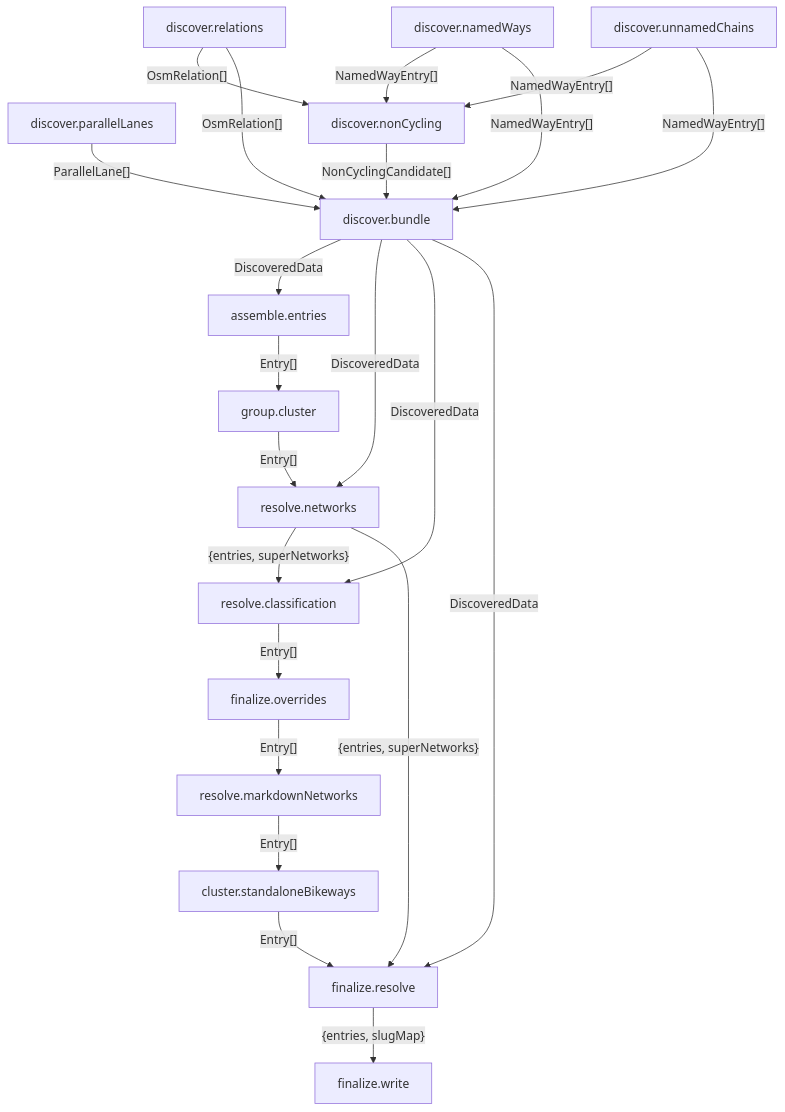
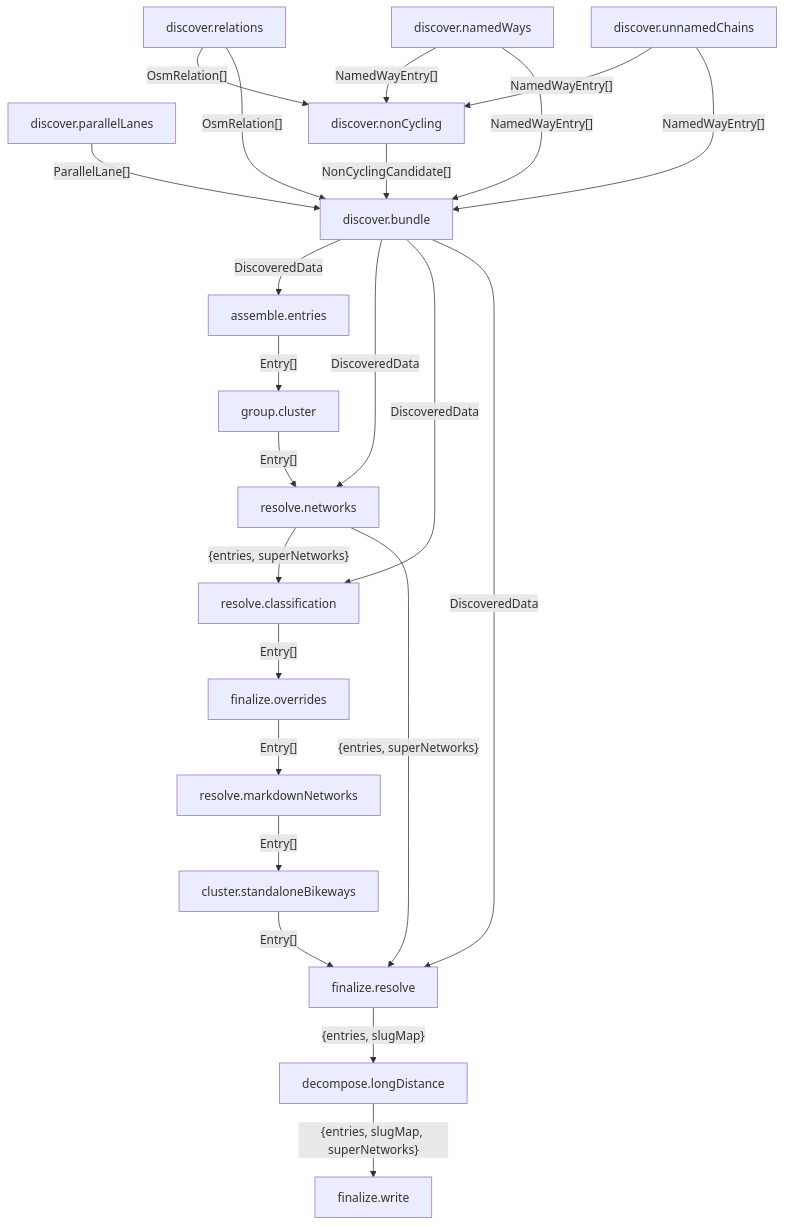
One commit to eljojo/bike-app-astro changed the diagram in _ctx/pipeline-graph.md. Above: the diagram before and after it, drawn with Mermaid. The commit also changed other lines of this file and 2 other files, not shown here.

Commit message:
feat(bike-paths): Stage 2 Rule 4 — surface dropped chains + regression test
Rule 4 can reject all containing parks for an unnamed chain; if no
named road is within 100m either, the chain falls out of the index
silently. Add a trace event (`chain-dropped`) and a console.warn block
at phase end so future threshold tuning or coverage gaps are visible
— the bike paths exist in OSM but aren't surfaced, and we should know
how much.

Regression test pins Moffatt Farm Veterans Park as the canonical
single-identity park case (threshold=2 accepts it). If PARK_GENERIC_
MIN_PATHS is ever mis-tuned, this path collapses to a road-fallback
name or disappears — the test catches that.

pipeline-graph.md updates with the decompose.longDistance node (stray
auto-regeneration from the prior long-distance decomposition commit).

````diff
--- a/_ctx/pipeline-graph.md
+++ b/_ctx/pipeline-graph.md
@@ -36,39 +37,41 @@
 ```mermaid
 graph TD
   discover_relations["discover.relations"]
   discover_namedWays["discover.namedWays"]
   discover_parallelLanes["discover.parallelLanes"]
   discover_unnamedChains["discover.unnamedChains"]
   discover_nonCycling["discover.nonCycling"]
   discover_bundle["discover.bundle"]
   assemble_entries["assemble.entries"]
   group_cluster["group.cluster"]
   resolve_networks["resolve.networks"]
   resolve_classification["resolve.classification"]
   finalize_overrides["finalize.overrides"]
   resolve_markdownNetworks["resolve.markdownNetworks"]
   cluster_standaloneBikeways["cluster.standaloneBikeways"]
   finalize_resolve["finalize.resolve"]
+  decompose_longDistance["decompose.longDistance"]
   finalize_write["finalize.write"]
   discover_relations -->|"OsmRelation[]"| discover_nonCycling
   discover_namedWays -->|"NamedWayEntry[]"| discover_nonCycling
   discover_unnamedChains -->|"NamedWayEntry[]"| discover_nonCycling
   discover_relations -->|"OsmRelation[]"| discover_bundle
   discover_namedWays -->|"NamedWayEntry[]"| discover_bundle
   discover_parallelLanes -->|"ParallelLane[]"| discover_bundle
   discover_unnamedChains -->|"NamedWayEntry[]"| discover_bundle
   discover_nonCycling -->|"NonCyclingCandidate[]"| discover_bundle
   discover_bundle -->|"DiscoveredData"| assemble_entries
   assemble_entries -->|"Entry[]"| group_cluster
   group_cluster -->|"Entry[]"| resolve_networks
   discover_bundle -->|"DiscoveredData"| resolve_networks
   resolve_networks -->|"{entries, superNetworks}"| resolve_classification
   discover_bundle -->|"DiscoveredData"| resolve_classification
   resolve_classification -->|"Entry[]"| finalize_overrides
   finalize_overrides -->|"Entry[]"| resolve_markdownNetworks
   resolve_markdownNetworks -->|"Entry[]"| cluster_standaloneBikeways
   cluster_standaloneBikeways -->|"Entry[]"| finalize_resolve
   resolve_networks -->|"{entries, superNetworks}"| finalize_resolve
   discover_bundle -->|"DiscoveredData"| finalize_resolve
-  finalize_resolve -->|"{entries, slugMap}"| finalize_write
+  finalize_resolve -->|"{entries, slugMap}"| decompose_longDistance
+  decompose_longDistance -->|"{entries, slugMap, superNetworks}"| finalize_write
 ```
````
